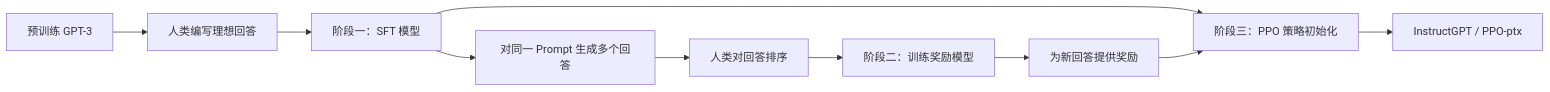
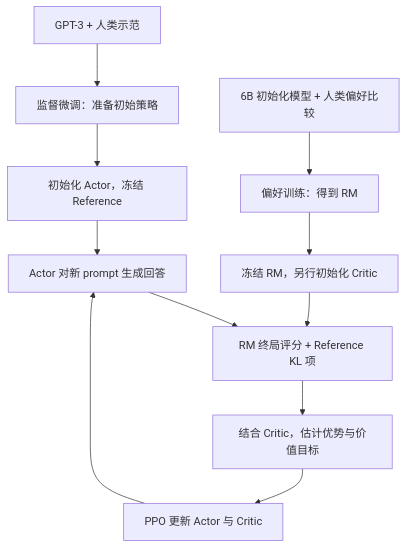
One commit to Titiuu/Titiuu.github.io changed the diagram in blogs/papers/2026-08-03-instructgpt-paper-notes.md. Above: the diagram before and after it, drawn with Mermaid. The commit also changed other lines of this file and 2 other files, not shown here.

Commit message:
docs: add PPO paper review and clarify InstructGPT training

````diff
--- a/blogs/papers/2026-08-03-instructgpt-paper-notes.md
+++ b/blogs/papers/2026-08-03-instructgpt-paper-notes.md
@@ -74,14 +67,13 @@
 ```mermaid
-flowchart LR
-    GPT["预训练 GPT-3"] --> SFTData["人类编写理想回答"]
-    SFTData --> SFT["阶段一：SFT 模型"]
-
-    SFT --> Samples["对同一 Prompt 生成多个回答"]
-    Samples --> Ranking["人类对回答排序"]
-    Ranking --> RM["阶段二：训练奖励模型"]
-
-    SFT --> Policy["阶段三：PPO 策略初始化"]
-    RM --> Reward["为新回答提供奖励"]
-    Reward --> Policy
-    Policy --> InstructGPT["InstructGPT / PPO-ptx"]
+flowchart TD
+    GPT["GPT-3 + 人类示范"] --> SFT["监督微调：准备初始策略"]
+    Pref["6B 初始化模型 + 人类偏好比较"] --> RM["偏好训练：得到 RM"]
+    SFT --> Policy["初始化 Actor，冻结 Reference"]
+    RM --> Eval["冻结 RM，另行初始化 Critic"]
+    Policy --> Rollout["Actor 对新 prompt 生成回答"]
+    Rollout --> Reward["RM 终局评分 + Reference KL 项"]
+    Eval --> Reward
+    Reward --> GAE["结合 Critic，估计优势与价值目标"]
+    GAE --> Update["PPO 更新 Actor 与 Critic"]
+    Update --> Rollout
 ```
````
